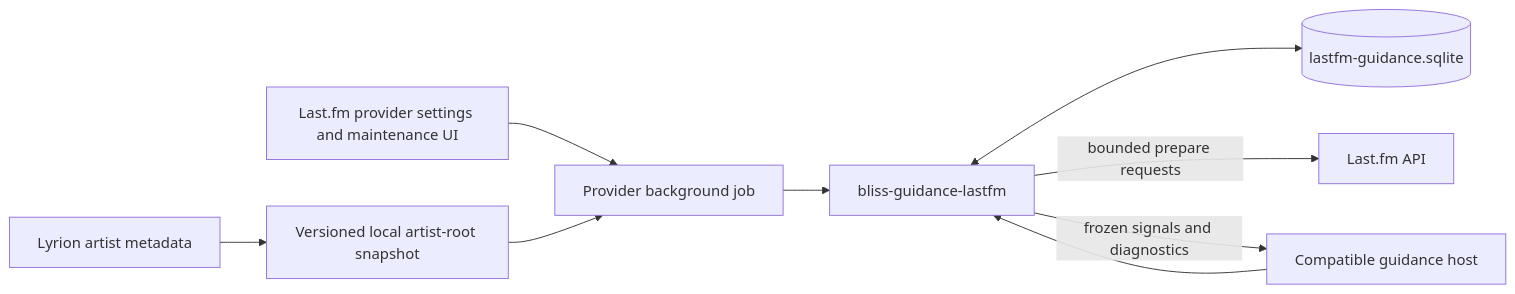
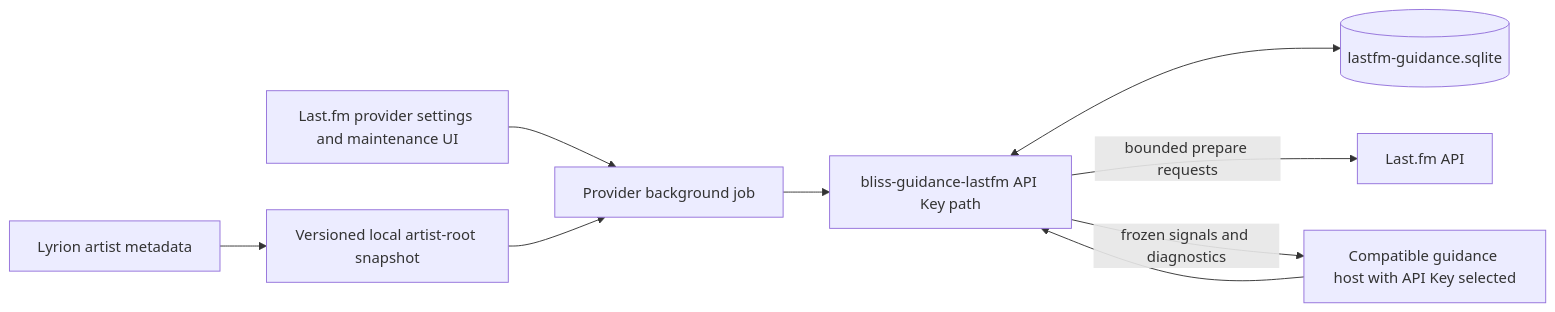
Before and after one commit to chrober/bliss-similarity-design: the first of 2 diagrams in LASTFM_OFFLINE_GUIDANCE_GRAPH_DESIGN.md, drawn with Mermaid. The commit also changed other lines of this file, not shown here.

Commit message:
docs: scope offline Last.fm graph to API key

````diff
--- a/LASTFM_OFFLINE_GUIDANCE_GRAPH_DESIGN.md
+++ b/LASTFM_OFFLINE_GUIDANCE_GRAPH_DESIGN.md
@@ -82,11 +90,11 @@
 ```mermaid
 flowchart LR
     LMS["Lyrion artist metadata"] --> Roots["Versioned local artist-root snapshot"]
     UI["Last.fm provider settings and maintenance UI"] --> Job["Provider background job"]
     Roots --> Job
-    Job --> Native["bliss-guidance-lastfm"]
-    Host["Compatible guidance host"] --> Native
+    Job --> Native["bliss-guidance-lastfm API Key path"]
+    Host["Compatible guidance host with API Key selected"] --> Native
     Native <--> Store[("lastfm-guidance.sqlite")]
     Native -->|"bounded prepare requests"| API["Last.fm API"]
     Native -->|"frozen signals and diagnostics"| Host
 ```
````
